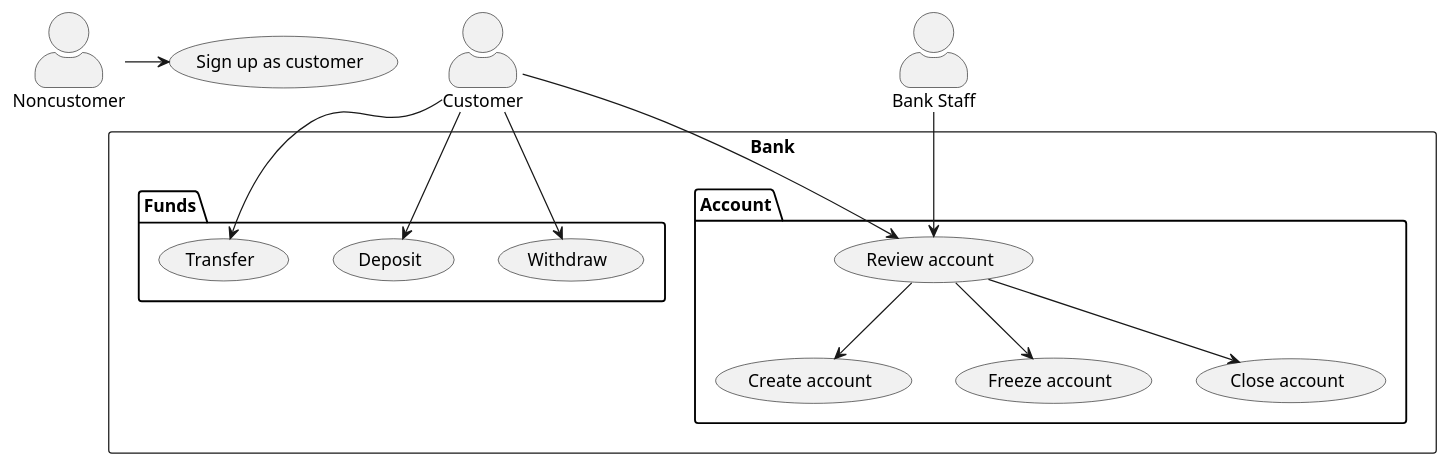
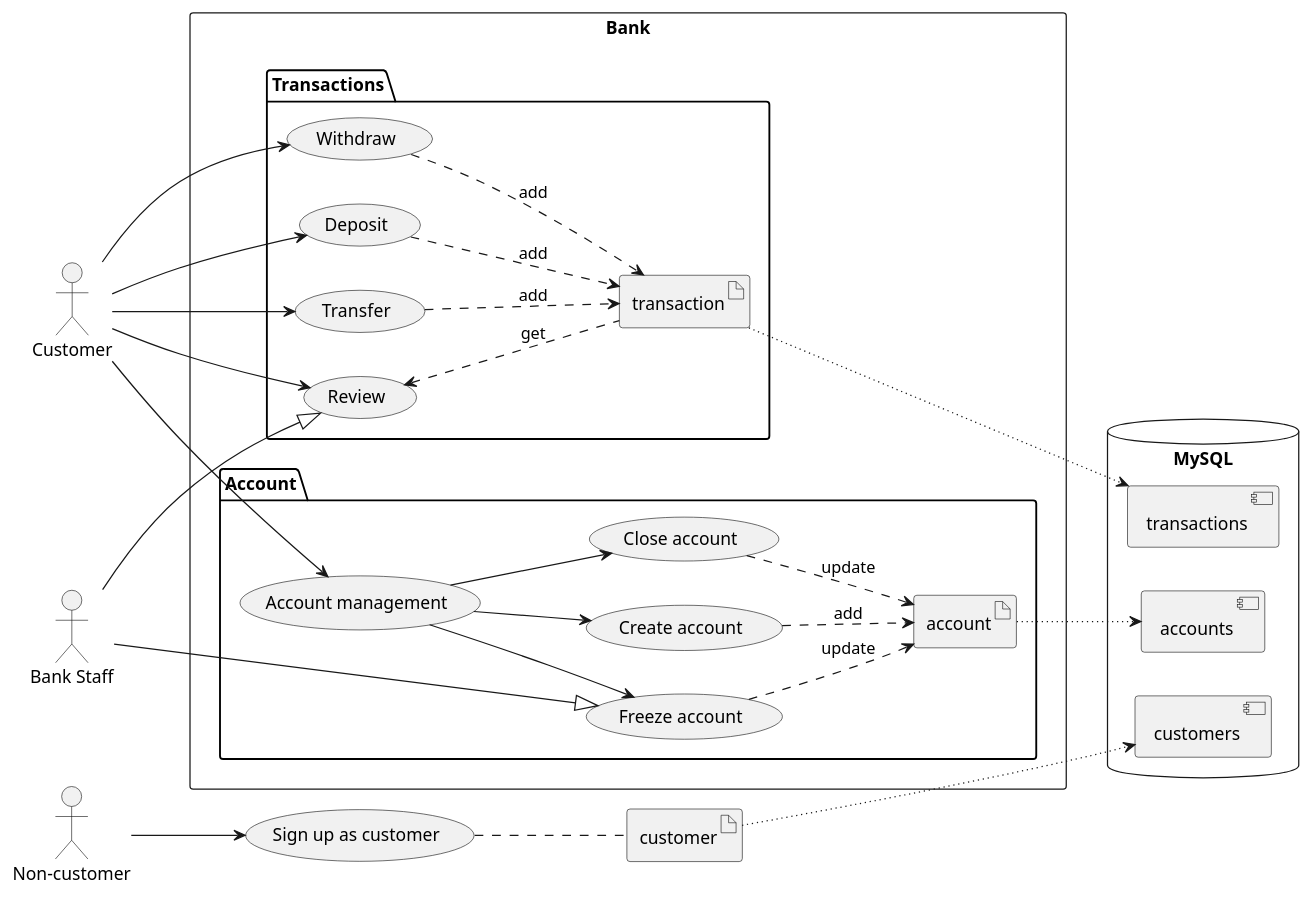
Before and after one commit to Capa2/MySQL: the diagram in uml/usecase.puml, drawn with PlantUML. The commit also changed 2 other files, not shown here.

```diff
--- a/uml/usecase.puml
+++ b/uml/usecase.puml
@@ -1,31 +1,71 @@
 @startuml
-skinparam actorStyle awesome
-:Noncustomer: as nonuser
-:Customer: as user
-:Bank Staff: as staff
-(Sign up as customer) as (signup)
+'settings'
+left to right direction
+
+'actors'
+actor "Non-customer" as nonuser
+actor Customer as user
+actor "Bank Staff" as staff
+
+'databases'
+database MySQL as mysql {
+component customers
+component accounts
+component transactions
+}
+
+
+
+'bank system'
 rectangle Bank {
+    'account system'
     package Account {
-        (Create account) as (addacc)
-        (Review account) as (status)
-        (Freeze account) as (freezeacc)
-        (Close account) as (closeacc)
+        (Create account) as createAccount
+        (Account management) as manageAccount
+        (Freeze account) as freezeAccount
+        (Close account) as closeAccount
+        artifact account as acc
     }
-    package Funds {
-        (Withdraw) as (withdraw)
-        (Deposit) as (deposit)
-        (Transfer) as (transfer)
+    'transaction system'
+    package Transactions {
+        (Withdraw)
+        (Deposit)
+        (Transfer)
+        (Review)
+        artifact transaction as trans
     }
 }
-nonuser -> (signup)
+'signup usecase'
+artifact customer
+(Sign up as customer) as (signup)
+nonuser -down-> (signup)
+(signup) .. customer
+customer -[dotted]--> customers
 
-user --> (withdraw)
-user --> (deposit)
-user --> (transfer)
+    'staff associations'
+    staff -|> (Review)
+    staff ---|> freezeAccount
 
-user --> (status)
-staff --> (status)
-(status) --> (addacc)
-(status) --> (freezeacc)
-(status) --> (closeacc)
+    'user associations'
+    user --> manageAccount
+    user --> (Withdraw)
+    user --> (Deposit)
+    user --> (Transfer)
+    user --> (Review)
+
+    'transaction associations'
+    (Withdraw) ..> trans : add
+    (Deposit) ..> trans : add
+    (Transfer) ..> trans : add
+    (Review) <.. trans : get
+    trans -[dotted]-> transactions
+
+    'account associations'
+    manageAccount --> createAccount
+    manageAccount --> freezeAccount
+    manageAccount --> closeAccount
+    closeAccount -[dashed]-> acc : update
+    freezeAccount -[dashed]-> acc : update
+    createAccount -[dashed]-> acc : add
+    acc -[dotted]-> accounts
 @enduml
```
